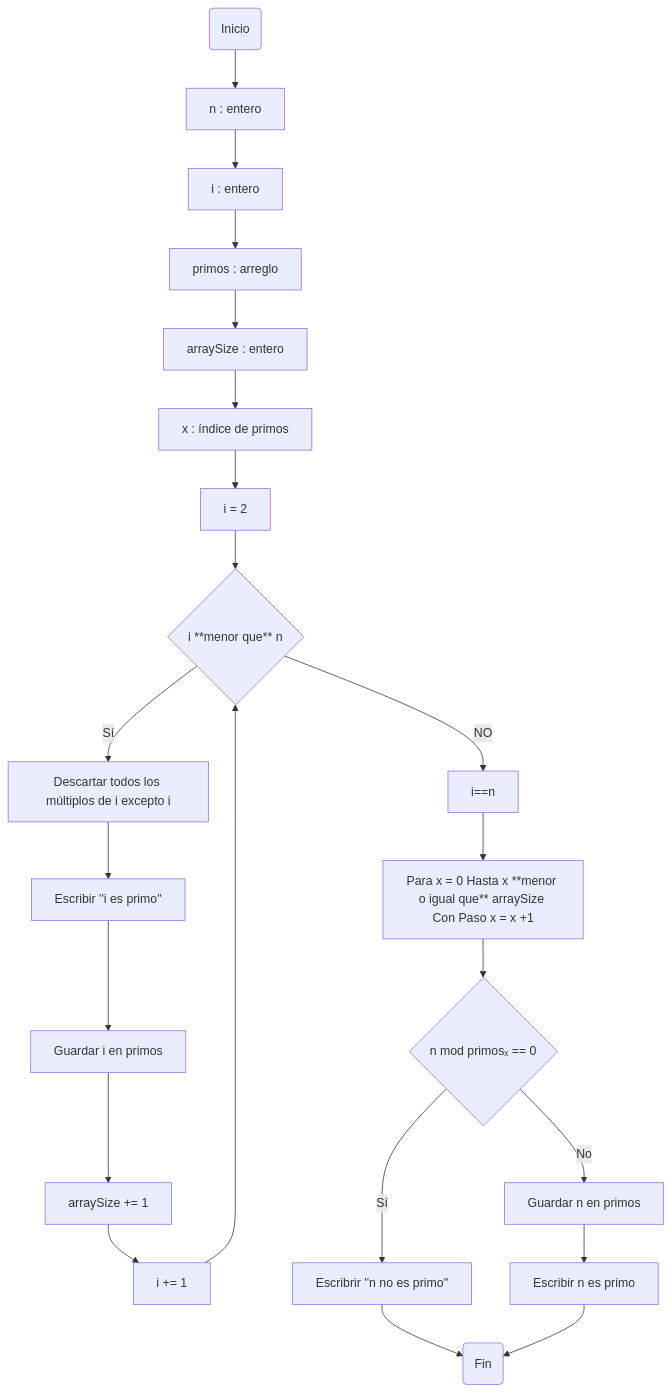
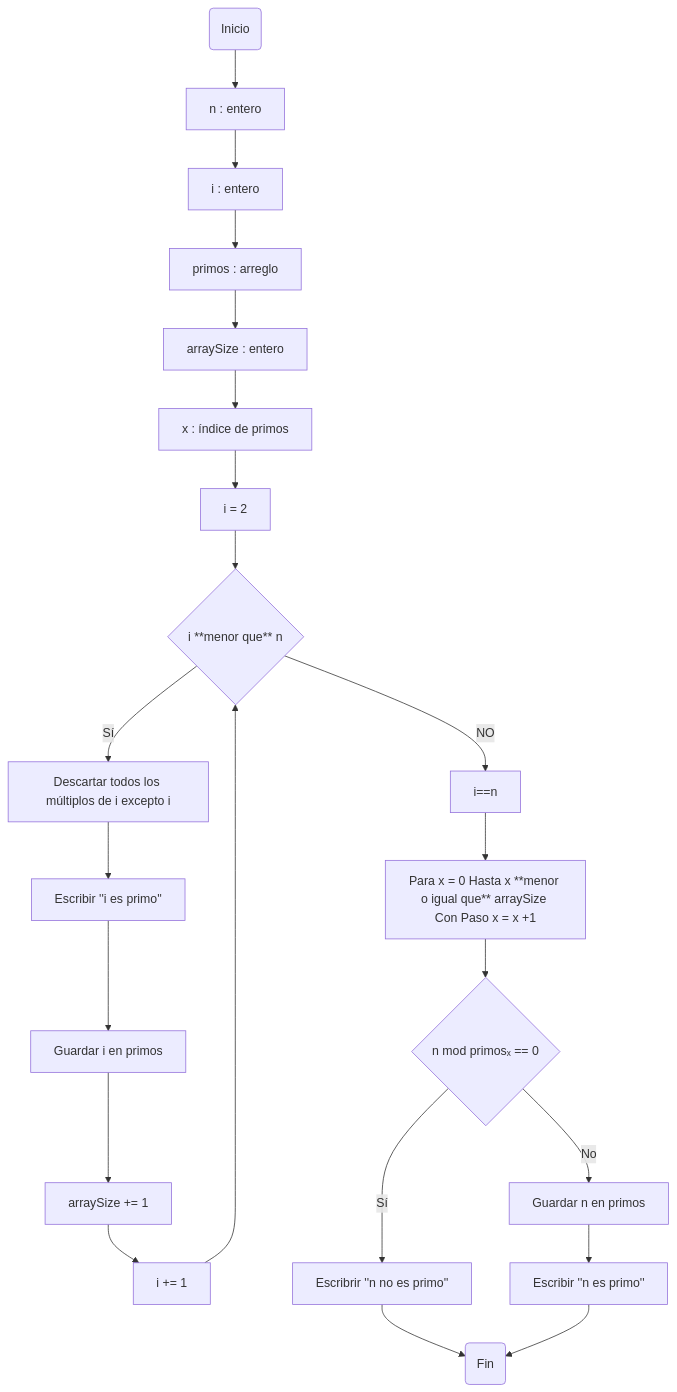
One commit to JuanJoToAl/Reto-no.3 changed the first of 2 diagrams in README.md. Above: the diagram before and after it, drawn with Mermaid. The commit also changed other lines of this file, not shown here.

````diff
--- a/README.md
+++ b/README.md
@@ -39,24 +39,24 @@
 ```mermaid
 flowchart TD;
     A(Inicio) --> B[n : entero];
     B-->C;
     C[i : entero] -->D[primos : arreglo];
     D-->E;
     E[arraySize : entero]-->F[x : índice de primos];
     F --> G;
     G[i = 2]--> H{i **menor que** n} -- Sí --> I[Descartar todos los múltiplos de i excepto i];
     I-->J;
     J[Escribir ''i es primo'']-->K[Guardar i en primos];
     K-->L;
     L[arraySize += 1]-->M[i += 1];
     M-->H;
     H-- NO -->N[i==n];
     N -->O[Para x = 0 Hasta x **menor o igual que** arraySize Con Paso x = x +1];
     O -->P{n mod primosₓ == 0}-- Sí -->Q[Escribrir ''n no es primo''];
     P-- No -->R[Guardar n en primos];
     R-->S;
-    S[Escribir n es primo];
+    S[Escribir ''n es primo''];
     Q-->T;
     S-->T;
     T(Fin)
 ```
````
